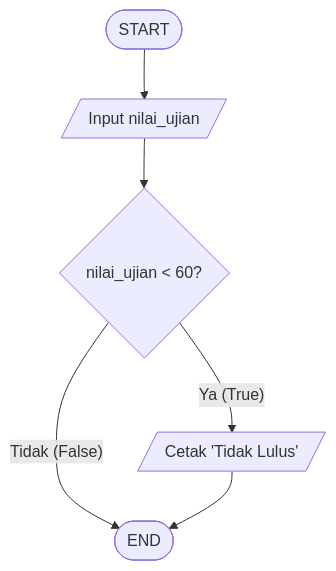
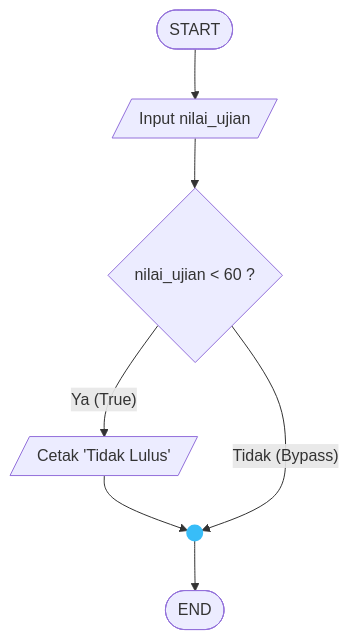
The third of 10 diagrams in docs/PANDUAN_LENGKAP_KODE_PASCAL_DAN_FLOWCHART_ALGO_PEMRO_P5_P6.md (hekall21/academic-digital-binder), drawn with Mermaid before and after one commit. The commit also changed other lines of this file, not shown here.

Commit message:
docs(flowcharts): standardize mermaid junctions with ANSI on-page connectors

````diff
--- a/docs/PANDUAN_LENGKAP_KODE_PASCAL_DAN_FLOWCHART_ALGO_PEMRO_P5_P6.md
+++ b/docs/PANDUAN_LENGKAP_KODE_PASCAL_DAN_FLOWCHART_ALGO_PEMRO_P5_P6.md
@@ -133,8 +136,10 @@
 ```mermaid
 flowchart TD
     Start(["START"]) --> Input[/"Input nilai_ujian"/]
-    Input --> Cond{"nilai_ujian < 60?"}
+    Input --> Cond{"nilai_ujian < 60 ?"}
     Cond -- "Ya (True)" --> Print[/"Cetak 'Tidak Lulus'"/]
-    Cond -- "Tidak (False)" --> End(["END"])
-    Print --> End
+    Print --> Junction(( ))
+    Cond -- "Tidak (Bypass)" --> Junction
+    Junction --> End(["END"])
+    style Junction fill:#38BDF8,stroke:#38BDF8,stroke-width:2px
 ```
````
